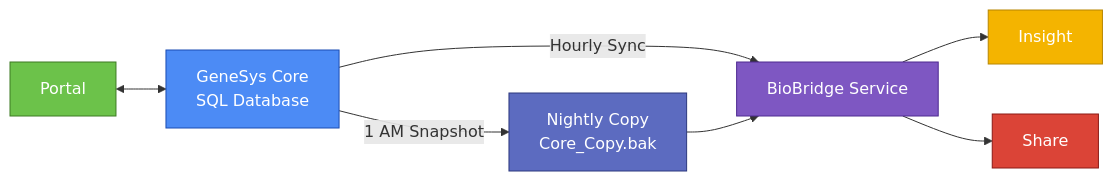
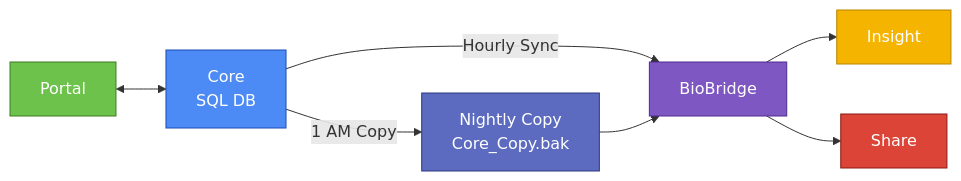
The first of 2 diagrams in README.md (HashimZaffar/the-Practical-Test), drawn with Mermaid before and after one commit. The commit also changed other lines of this file, not shown here.

````diff
--- a/README.md
+++ b/README.md
@@ -125,20 +115,20 @@
 ```mermaid
 flowchart LR
     classDef core fill:#4c8bf5,stroke:#1b4db3,color:white
     classDef portal fill:#6cc24a,stroke:#3d7b23,color:white
     classDef insight fill:#f4b400,stroke:#b88600,color:white
     classDef share fill:#db4437,stroke:#8b1a15,color:white
     classDef bridge fill:#7e57c2,stroke:#4e2a90,color:white
     classDef copy fill:#5c6bc0,stroke:#2c387e,color:white
 
     Portal[Portal]:::portal
-    Core[GeneSys Core<br/>SQL Database]:::core
+    Core[Core<br/>SQL DB]:::core
     Insight[Insight]:::insight
     Share[Share]:::share
     CopyTask[Nightly Copy<br/>Core_Copy.bak]:::copy
-    Bridge[BioBridge Service]:::bridge
+    Bridge[BioBridge]:::bridge
 
     Portal <--> Core
     Core -->|Hourly Sync| Bridge --> Insight
-    Core -->|1 AM Snapshot| CopyTask --> Bridge --> Share
+    Core -->|1 AM Copy| CopyTask --> Bridge --> Share
 ```
````
